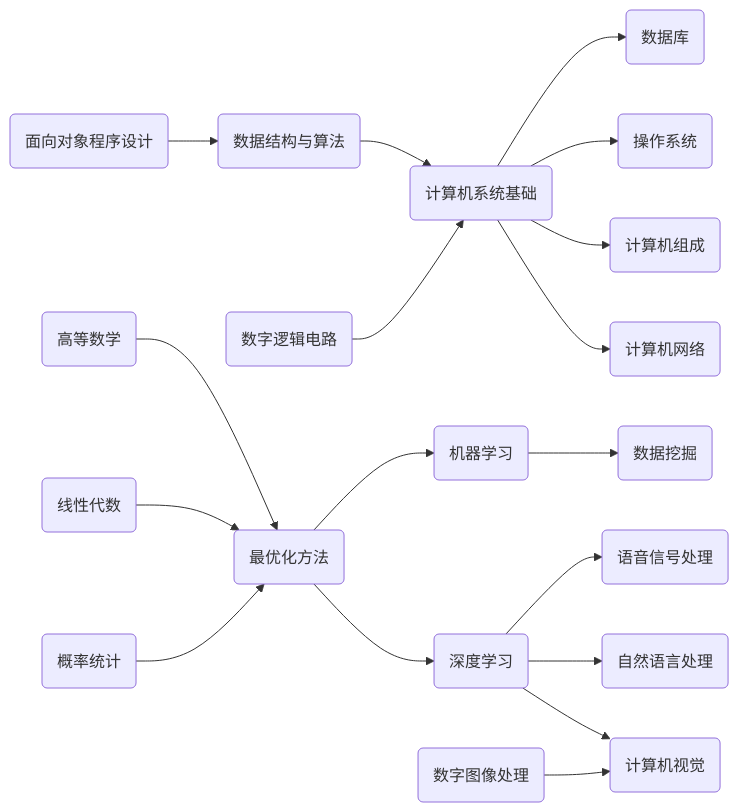
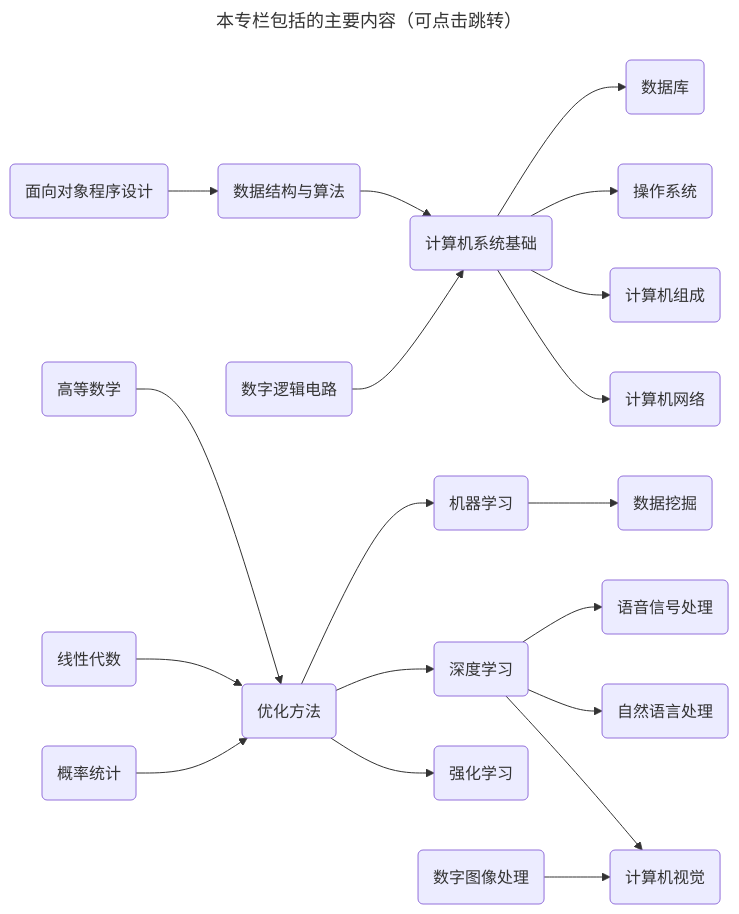
One commit to Explorer-Dong/wiki changed the diagram in docs/base/index.md. Above: the diagram before and after it, drawn with Mermaid. The commit also changed other lines of this file and 3 other files, not shown here.

````diff
--- a/docs/base/index.md
+++ b/docs/base/index.md
@@ -12,62 +10,68 @@
 ```mermaid
+---
+title: 本专栏包括的主要内容（可点击跳转）
+---
+
 flowchart LR
-    %% 实体定义
+    %% 实体定义（人工智能）
+    数字图像处理(数字图像处理)
+    机器学习(机器学习)
+    数据挖掘(数据挖掘)
+    深度学习(深度学习)
+    强化学习(强化学习)
+    语音信号处理(语音信号处理)
+    自然语言处理(自然语言处理)
+    计算机视觉(计算机视觉)
+
+    %% 关系定义
+    机器学习 --> 数据挖掘
+    深度学习 --> 语音信号处理 & 自然语言处理 & 计算机视觉
+    数字图像处理 --> 计算机视觉
+
+    %% 实体定义（计算机）
     面向对象程序设计(面向对象程序设计)
     数据结构与算法(数据结构与算法)
     数字逻辑电路(数字逻辑电路)
     计算机系统基础(计算机系统基础)
     数据库(数据库)
     操作系统(操作系统)
     计算机组成(计算机组成)
     计算机网络(计算机网络)
 
     %% 关系定义
     面向对象程序设计 --> 数据结构与算法 --> 计算机系统基础
     数字逻辑电路 --> 计算机系统基础 --> 数据库 & 操作系统 & 计算机组成 & 计算机网络
 
-    %% 实体定义
-    数字图像处理(数字图像处理)
-    机器学习(机器学习)
-    深度学习(深度学习)
-    数据挖掘(数据挖掘)
-    自然语言处理(自然语言处理)
-    计算机视觉(计算机视觉)
-    语音信号处理(语音信号处理)
-
-    %% 关系定义
-    机器学习 --> 数据挖掘
-    深度学习 --> 语音信号处理 & 自然语言处理 & 计算机视觉
-    数字图像处理 --> 计算机视觉
-
-    %% 实体定义
+    %% 实体定义（数学）
     高等数学(高等数学)
     线性代数(线性代数)
     概率统计(概率统计)
-    最优化方法(最优化方法)
+    优化方法(优化方法)
 
     %% 关系定义
-    高等数学 & 线性代数 & 概率统计 --> 最优化方法 --> 机器学习 & 深度学习
+    高等数学 & 线性代数 & 概率统计 --> 优化方法 --> 机器学习 & 深度学习 & 强化学习
 
     %% 跳转链接
-    click 高等数学 "./math/advanced-math/"
-    click 线性代数 "./math/linear-algebra/"
-    click 概率统计 "./math/probability-and-statistics/"
-    click 最优化方法 "./math/optimization-method/"
+    click 数字图像处理 "./ai/digital-image-processing/"
+    click 机器学习 "./ai/machine-learning/"
+    click 数据挖掘 "./ai/data-mining/"
+    click 深度学习 "./ai/deep-learning/"
+    click 强化学习 "./ai/reinforcement-learning/"
+    click 语音信号处理 "./ai/speech-signal-processing/"
+    click 自然语言处理 "./ai/natural-language-processing/"
+    click 计算机视觉 "./ai/computer-vision/"
 
     click 面向对象程序设计 "./cs/object-oriented-programming/"
     click 数字逻辑电路 "./cs/digital-logic-circuit/"
     click 计算机系统基础 "./cs/computer-system-basic/"
     click 数据库 "./cs/database/"
     click 数据结构与算法 "./ds-and-algo/"
     click 操作系统 "./cs/operating-system/"
     click 计算机组成 "./cs/computer-organization/"
     click 计算机网络 "./cs/computer-network/"
 
-    click 数字图像处理 "./ai/digital-image-processing/"
-    click 机器学习 "./ai/machine-learning/"
-    click 数据挖掘 "./ai/data-mining/"
-    click 深度学习 "./ai/deep-learning/"
-    click 语音信号处理 "./ai/speech-signal-processing/"
-    click 自然语言处理 "./ai/natural-language-processing/"
-    click 计算机视觉 "./ai/computer-vision/"
+    click 高等数学 "./math/advanced-math/"
+    click 线性代数 "./math/linear-algebra/"
+    click 概率统计 "./math/probability-and-statistics/"
+    click 优化方法 "./math/optimization-method/"
 ```
````
